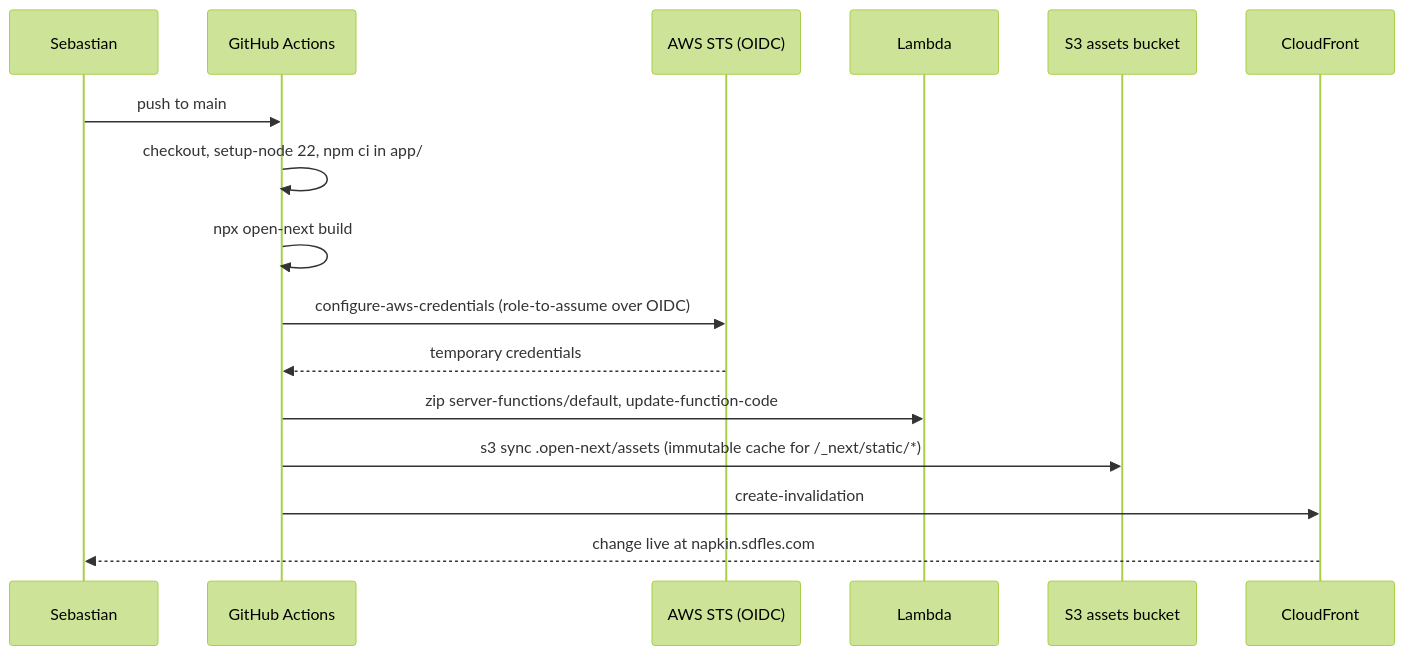
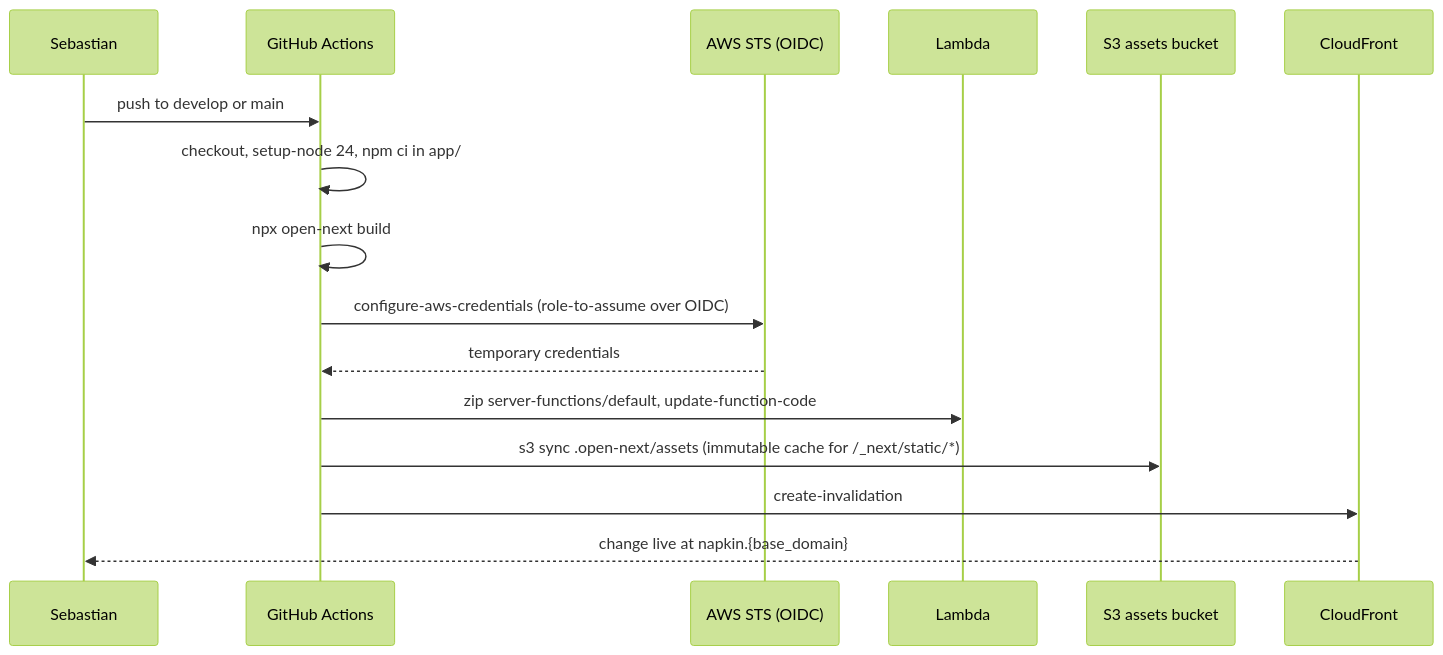
The second of 2 diagrams in docs/modules/deploy/flows.md (sebasfles/my-napkin), drawn with Mermaid (forest theme) before and after one commit. The commit also changed other lines of this file and 13 other files, not shown here.

Commit message:
docs: two environments, promotion flow, shadcn and i18n

````diff
--- a/docs/modules/deploy/flows.md
+++ b/docs/modules/deploy/flows.md
@@ -12,19 +33,19 @@
 ```mermaid
 sequenceDiagram
   participant S as Sebastian
   participant GH as GitHub Actions
   participant AWS as AWS STS (OIDC)
   participant L as Lambda
   participant A as S3 assets bucket
   participant CF as CloudFront
 
-  S->>GH: push to main
-  GH->>GH: checkout, setup-node 22, npm ci in app/
+  S->>GH: push to develop or main
+  GH->>GH: checkout, setup-node 24, npm ci in app/
   GH->>GH: npx open-next build
   GH->>AWS: configure-aws-credentials (role-to-assume over OIDC)
   AWS-->>GH: temporary credentials
   GH->>L: zip server-functions/default, update-function-code
   GH->>A: s3 sync .open-next/assets (immutable cache for /_next/static/*)
   GH->>CF: create-invalidation
-  CF-->>S: change live at napkin.sdfles.com
+  CF-->>S: change live at napkin.{base_domain}
 ```
````
